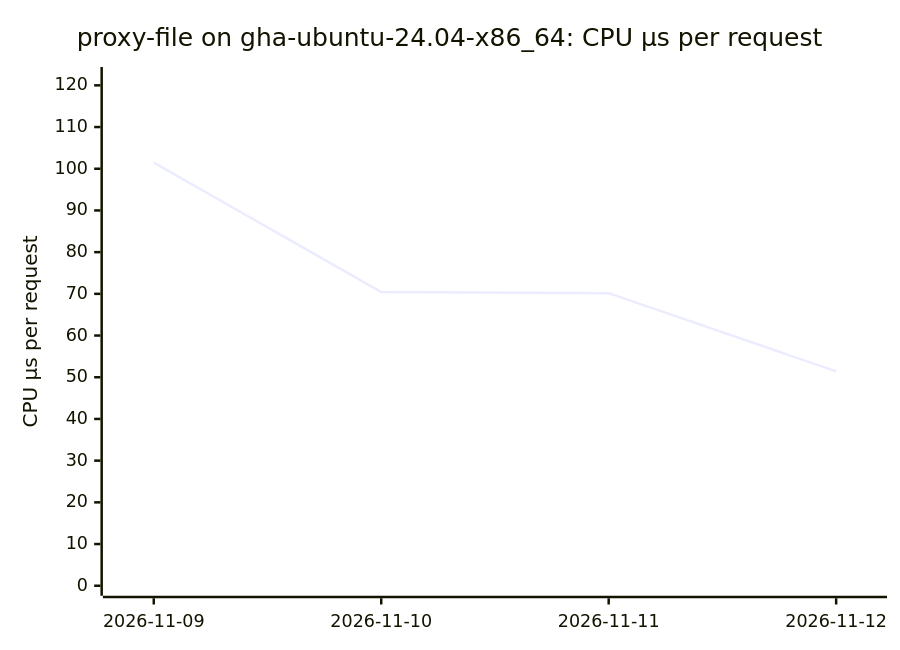
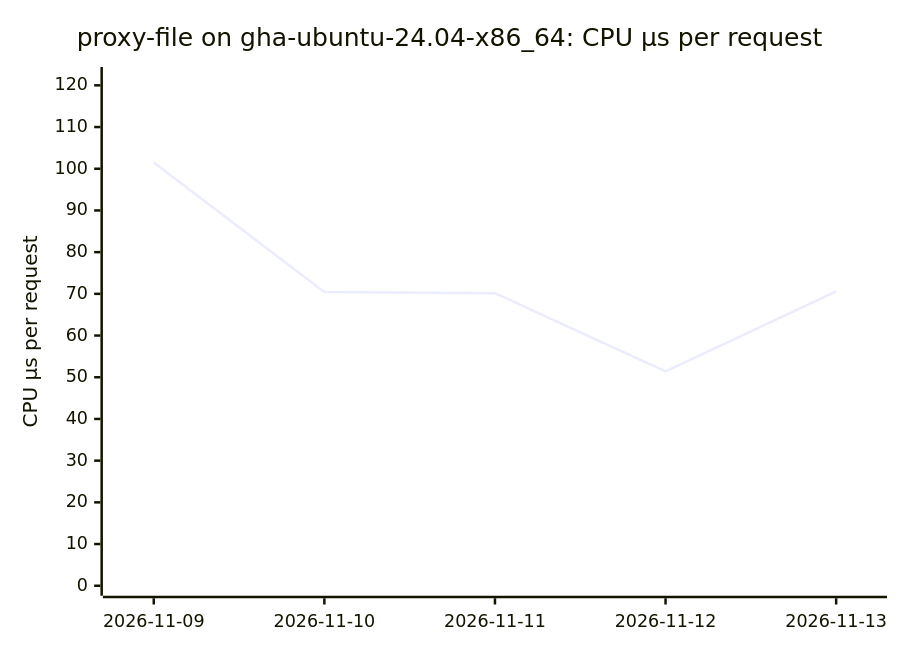
The seventh of 18 diagrams in BENCHMARKS.md (ThePixelPilgrim/durchlauferhitzer), drawn with Mermaid before and after one commit. The commit also changed other lines of this file and 1 other file, not shown here.

````diff
--- a/BENCHMARKS.md
+++ b/BENCHMARKS.md
@@ -86,7 +86,7 @@
 ```mermaid
 xychart-beta
   title "proxy-file on gha-ubuntu-24.04-x86_64: CPU µs per request"
-  x-axis ["2026-11-09", "2026-11-10", "2026-11-11", "2026-11-12"]
+  x-axis ["2026-11-09", "2026-11-10", "2026-11-11", "2026-11-12", "2026-11-13"]
   y-axis "CPU µs per request" 0 --> 122
-  line [101.47, 70.43, 70.16, 51.41]
+  line [101.47, 70.43, 70.16, 51.41, 70.59]
 ```
````
